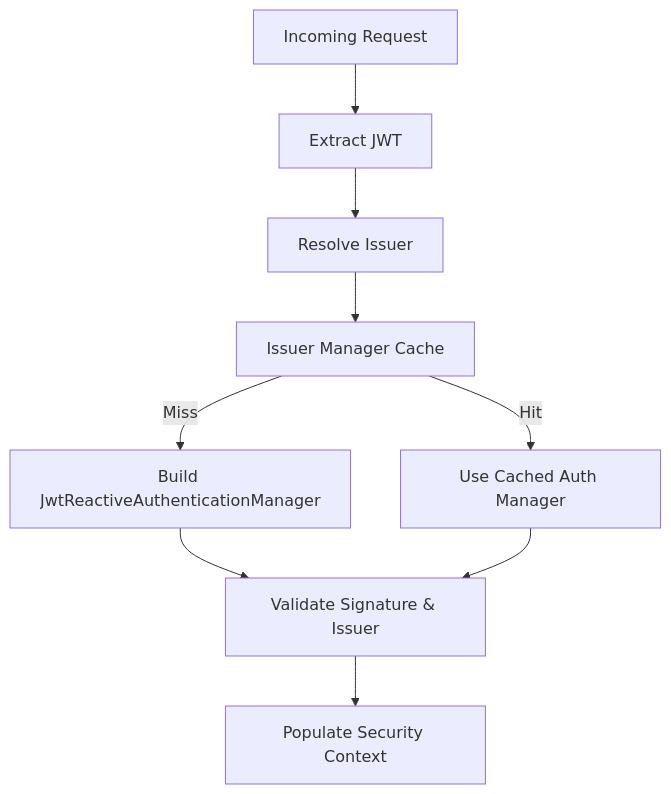
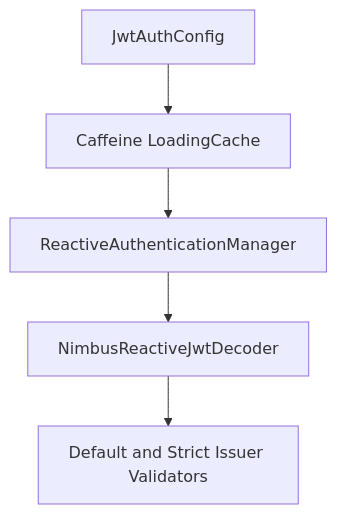
The fourth of 8 diagrams in docs/architecture/gateway-service-core/gateway-service-core.md (Praesto-Pro/openframe-oss-tenant), drawn with Mermaid before and after one commit. The commit also changed other lines of this file and 149 other files, not shown here.

````diff
--- a/docs/architecture/gateway-service-core/gateway-service-core.md
+++ b/docs/architecture/gateway-service-core/gateway-service-core.md
@@ -171,13 +140,7 @@
 ```mermaid
 flowchart TD
-    Request["Incoming Request"] --> ExtractJwt["Extract JWT"]
-    ExtractJwt --> ResolveIssuer["Resolve Issuer"]
-    ResolveIssuer --> CacheCheck["Issuer Manager Cache"]
-
-    CacheCheck -->|"Hit"| UseManager["Use Cached Auth Manager"]
-    CacheCheck -->|"Miss"| BuildManager["Build JwtReactiveAuthenticationManager"]
-
-    BuildManager --> Validate["Validate Signature & Issuer"]
-    UseManager --> Validate
-    Validate --> SecurityContext["Populate Security Context"]
+    JwtAuthConfig["JwtAuthConfig"] --> Cache["Caffeine LoadingCache"]
+    Cache --> Manager["ReactiveAuthenticationManager"]
+    Manager --> Decoder["NimbusReactiveJwtDecoder"]
+    Decoder --> Validator["Default and Strict Issuer Validators"]
 ```
````
